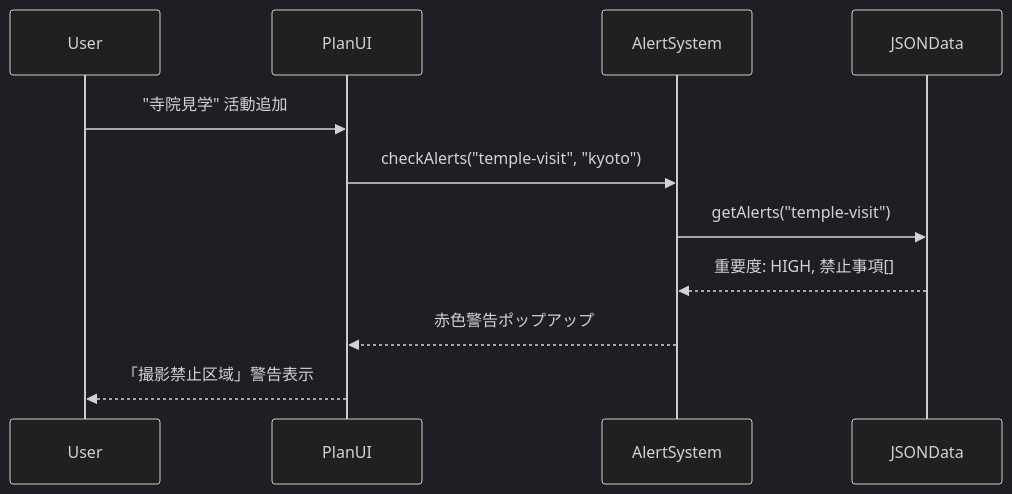
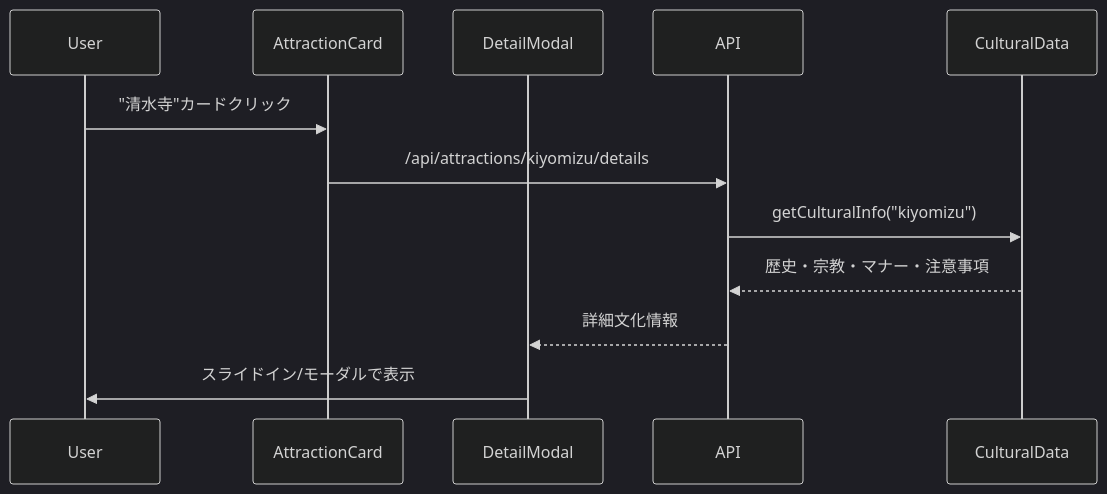
The fourth of 5 diagrams in .kiro/specs/culture-sync/design.md (dino3616/nextjs-elysia-template), drawn with Mermaid (dark theme) before and after one commit. The commit also changed other lines of this file and 1 other file, not shown here.

````diff
--- a/.kiro/specs/culture-sync/design.md
+++ b/.kiro/specs/culture-sync/design.md
@@ -122,14 +127,15 @@
 ```mermaid
 sequenceDiagram
     participant User
-    participant PlanUI
-    participant AlertSystem
-    participant JSONData
+    participant AttractionCard
+    participant DetailModal
+    participant API
+    participant CulturalData
     
-    User->>PlanUI: "寺院見学" 活動追加
-    PlanUI->>AlertSystem: checkAlerts("temple-visit", "kyoto")
-    AlertSystem->>JSONData: getAlerts("temple-visit")
-    JSONData-->>AlertSystem: 重要度: HIGH, 禁止事項[]
-    AlertSystem-->>PlanUI: 赤色警告ポップアップ
-    PlanUI-->>User: 「撮影禁止区域」警告表示
+    User->>AttractionCard: "清水寺"カードクリック
+    AttractionCard->>API: /api/attractions/kiyomizu/details
+    API->>CulturalData: getCulturalInfo("kiyomizu")
+    CulturalData-->>API: 歴史・宗教・マナー・注意事項
+    API-->>DetailModal: 詳細文化情報
+    DetailModal->>User: スライドイン/モーダルで表示
 ```
````
